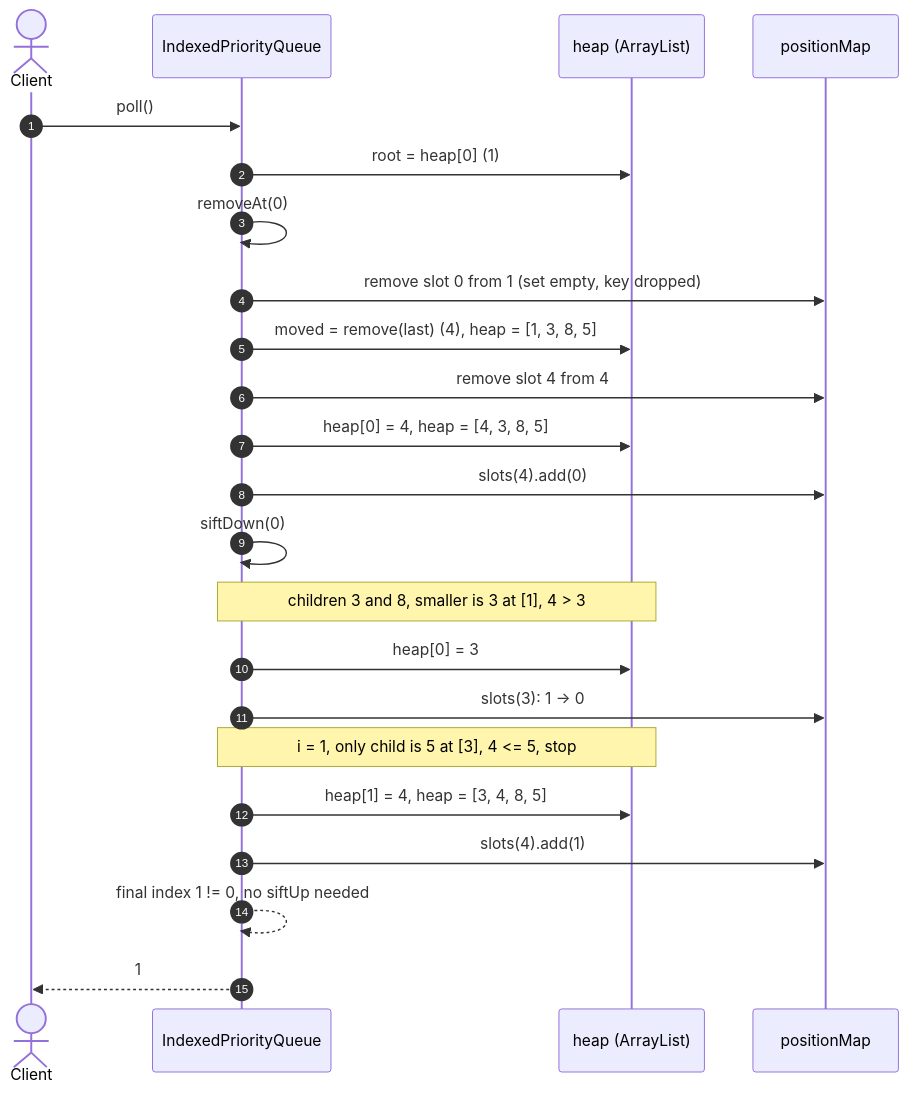
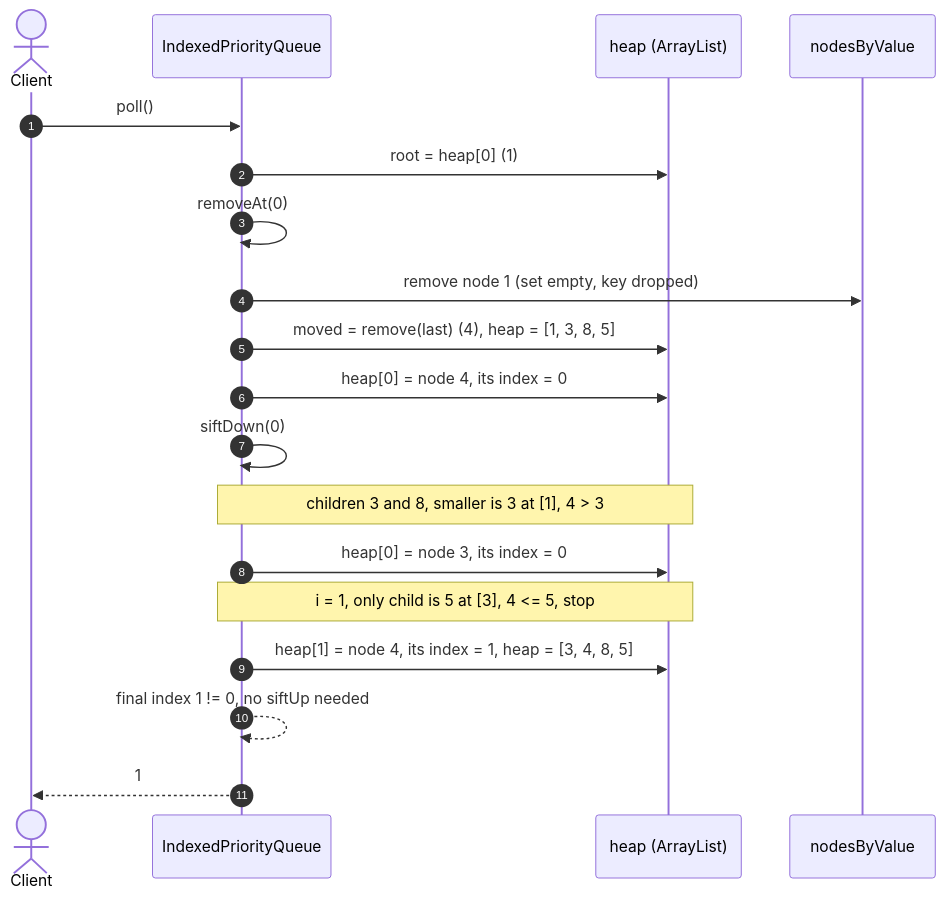
The sixth of 10 diagrams in ds/README.md (deyindra/System_Design), drawn with Mermaid before and after one commit. The commit also changed other lines of this file and 2 other files, not shown here.

````diff
--- a/ds/README.md
+++ b/ds/README.md
@@ -186,26 +333,22 @@
 ```mermaid
 sequenceDiagram
     autonumber
     actor Client
     participant Q as IndexedPriorityQueue
     participant H as heap (ArrayList)
-    participant M as positionMap
+    participant M as nodesByValue
 
     Client->>Q: poll()
     Q->>H: root = heap[0] (1)
     Q->>Q: removeAt(0)
-    Q->>M: remove slot 0 from 1 (set empty, key dropped)
+    Q->>M: remove node 1 (set empty, key dropped)
     Q->>H: moved = remove(last) (4), heap = [1, 3, 8, 5]
-    Q->>M: remove slot 4 from 4
-    Q->>H: heap[0] = 4, heap = [4, 3, 8, 5]
-    Q->>M: slots(4).add(0)
+    Q->>H: heap[0] = node 4, its index = 0
     Q->>Q: siftDown(0)
     Note over Q,H: children 3 and 8, smaller is 3 at [1], 4 > 3
-    Q->>H: heap[0] = 3
-    Q->>M: slots(3): 1 → 0
+    Q->>H: heap[0] = node 3, its index = 0
     Note over Q,H: i = 1, only child is 5 at [3], 4 <= 5, stop
-    Q->>H: heap[1] = 4, heap = [3, 4, 8, 5]
-    Q->>M: slots(4).add(1)
+    Q->>H: heap[1] = node 4, its index = 1, heap = [3, 4, 8, 5]
     Q-->>Q: final index 1 != 0, no siftUp needed
     Q-->>Client: 1
 ```
````
